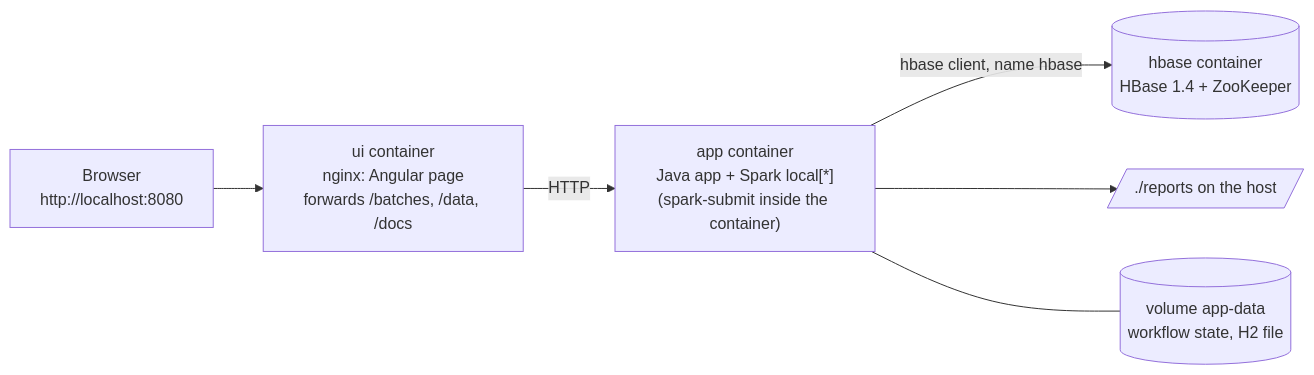
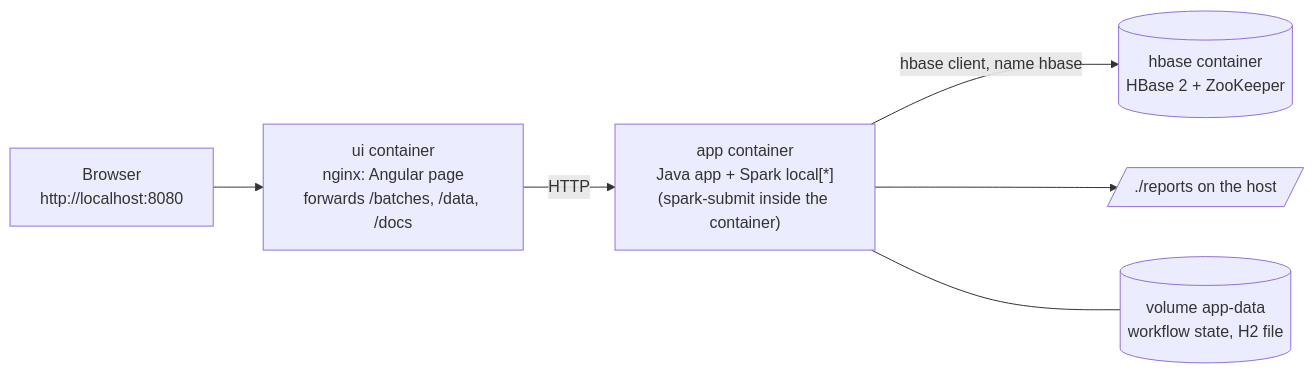
The second of 10 diagrams in latest-ARCHITECTURE.md (ankursingh119/javapoc1.8), drawn with Mermaid before and after one commit. The commit also changed other lines of this file and 7 other files, not shown here.

Commit message:
SBJ17-14: Build - documents and diagrams name today's versions and the move off EMR 5.36

````diff
--- a/latest-ARCHITECTURE.md
+++ b/latest-ARCHITECTURE.md
@@ -75,8 +79,8 @@
 ```mermaid
 flowchart LR
     B["Browser<br/>http://localhost:8080"] --> N["ui container<br/>nginx: Angular page<br/>forwards /batches, /data, /docs"]
     N -->|"HTTP"| A["app container<br/>Java app + Spark local[*]<br/>(spark-submit inside the container)"]
-    A -->|"hbase client, name hbase"| H[("hbase container<br/>HBase 1.4 + ZooKeeper")]
+    A -->|"hbase client, name hbase"| H[("hbase container<br/>HBase 2 + ZooKeeper")]
     A --> R[/"./reports on the host"/]
     A --- V[("volume app-data<br/>workflow state, H2 file")]
 ```
````
